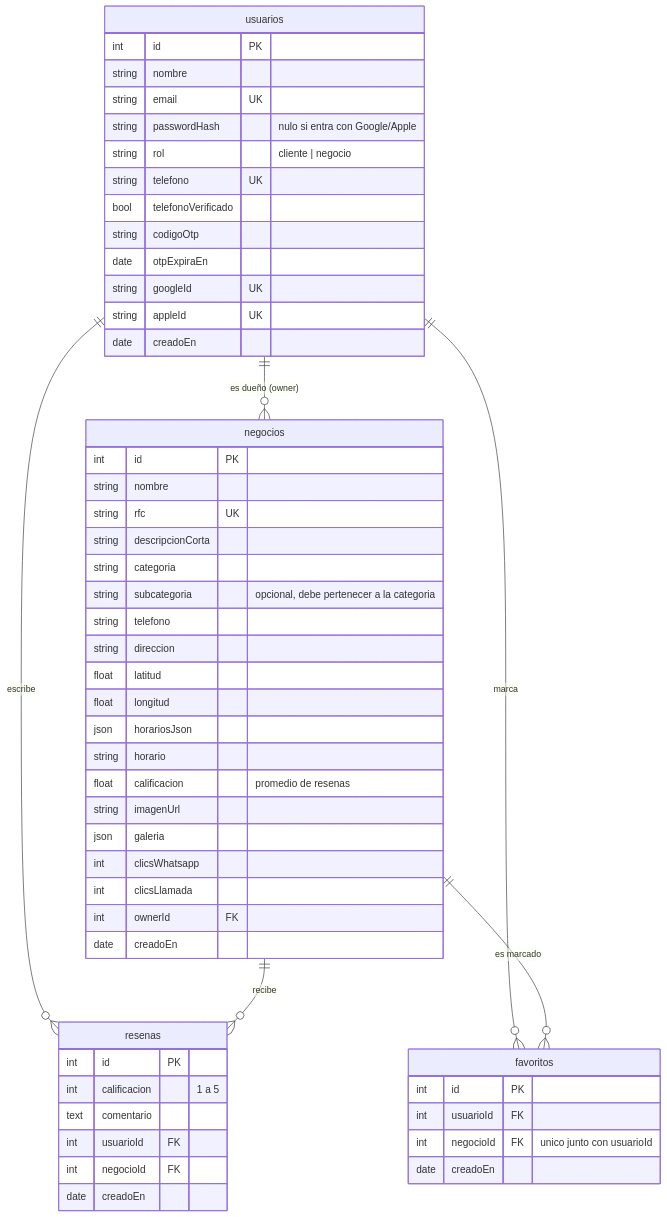
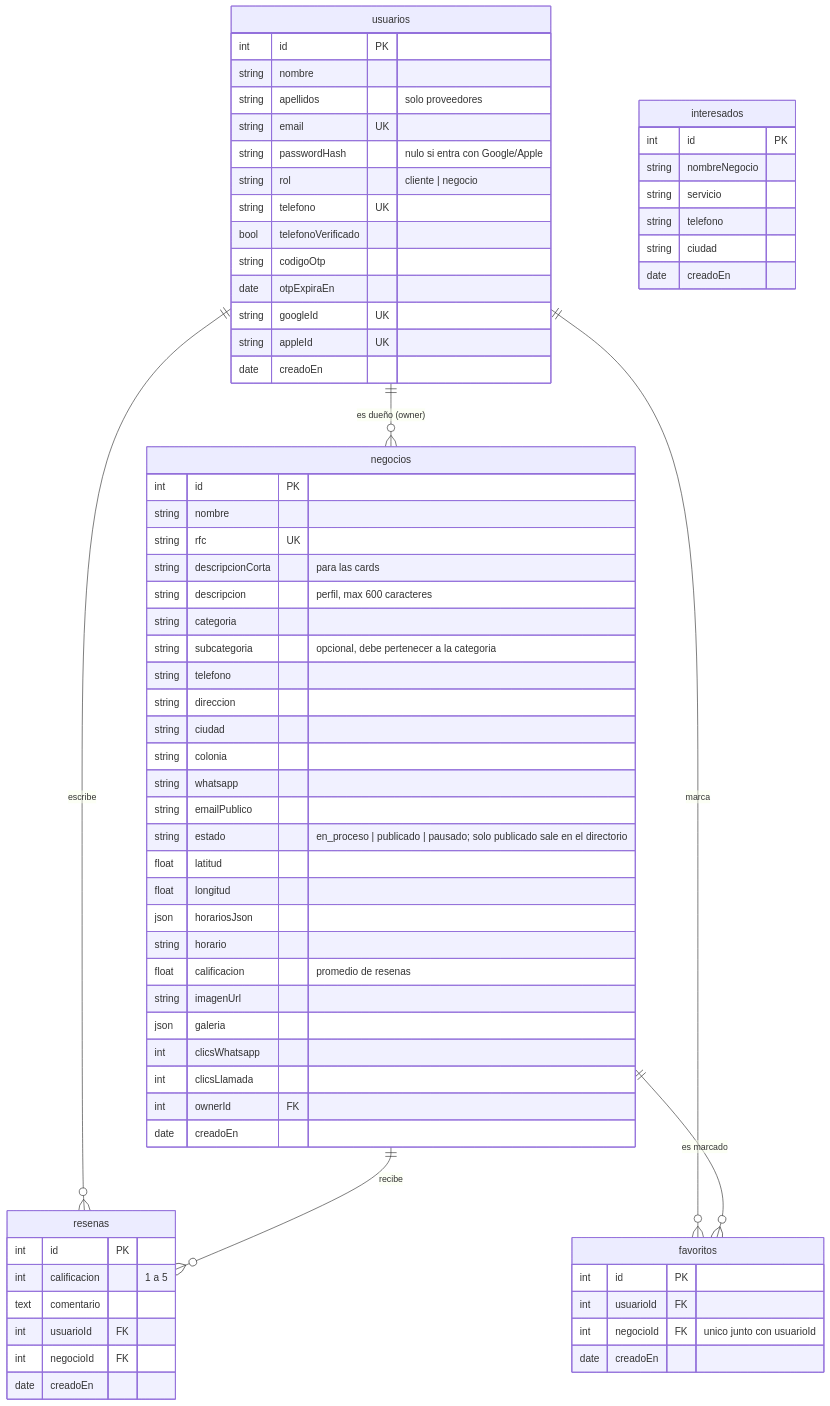
The diagram in docs/base-de-datos.md (lonzo260703-design/Divika-APP-PRIME), drawn with Mermaid before and after one commit. The commit also changed other lines of this file, not shown here.

Commit message:
Docs: diagrama de base de datos con los campos del proveedor
Claude-Session: https://claude.ai/code/session_01MYPr4UNnnnrbeZg6BZtKDc

````diff
--- a/docs/base-de-datos.md
+++ b/docs/base-de-datos.md
@@ -5,58 +5,73 @@
 ```mermaid
 erDiagram
   usuarios ||--o{ negocios : "es dueño (owner)"
   usuarios ||--o{ resenas : escribe
   negocios ||--o{ resenas : recibe
   usuarios ||--o{ favoritos : marca
   negocios ||--o{ favoritos : "es marcado"
 
   usuarios {
     int id PK
     string nombre
+    string apellidos "solo proveedores"
     string email UK
     string passwordHash "nulo si entra con Google/Apple"
     string rol "cliente | negocio"
     string telefono UK
     bool telefonoVerificado
     string codigoOtp
     date otpExpiraEn
     string googleId UK
     string appleId UK
     date creadoEn
   }
   negocios {
     int id PK
     string nombre
     string rfc UK
-    string descripcionCorta
+    string descripcionCorta "para las cards"
+    string descripcion "perfil, max 600 caracteres"
     string categoria
     string subcategoria "opcional, debe pertenecer a la categoria"
     string telefono
     string direccion
+    string ciudad
+    string colonia
+    string whatsapp
+    string emailPublico
+    string estado "en_proceso | publicado | pausado; solo publicado sale en el directorio"
     float latitud
     float longitud
     json horariosJson
     string horario
     float calificacion "promedio de resenas"
     string imagenUrl
     json galeria
     int clicsWhatsapp
     int clicsLlamada
     int ownerId FK
     date creadoEn
   }
   resenas {
     int id PK
     int calificacion "1 a 5"
     text comentario
     int usuarioId FK
     int negocioId FK
     date creadoEn
   }
+  interesados {
+    int id PK
+    string nombreNegocio
+    string servicio
+    string telefono
+    string ciudad
+    date creadoEn
+  }
   favoritos {
     int id PK
     int usuarioId FK
     int negocioId FK "unico junto con usuarioId"
     date creadoEn
   }
 ```
````
